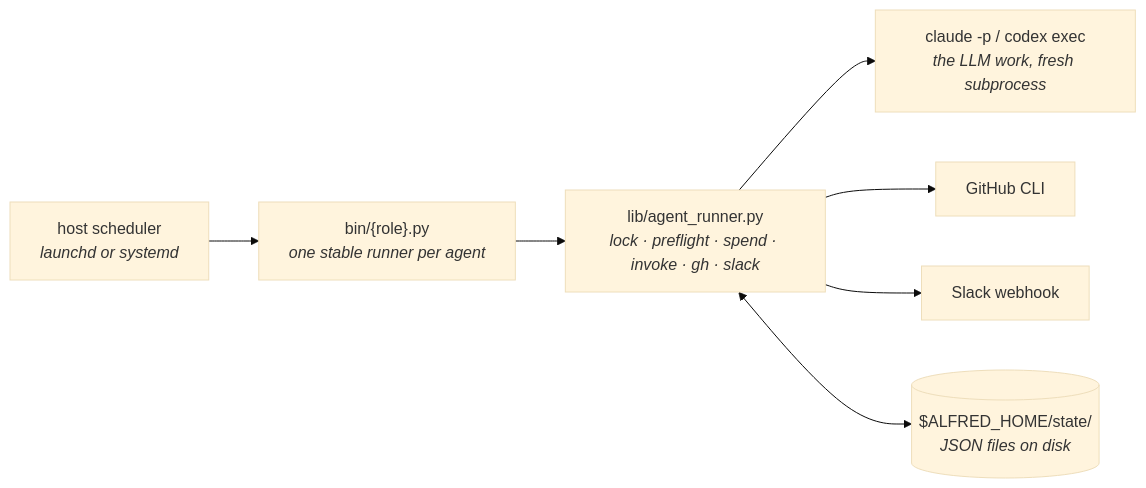
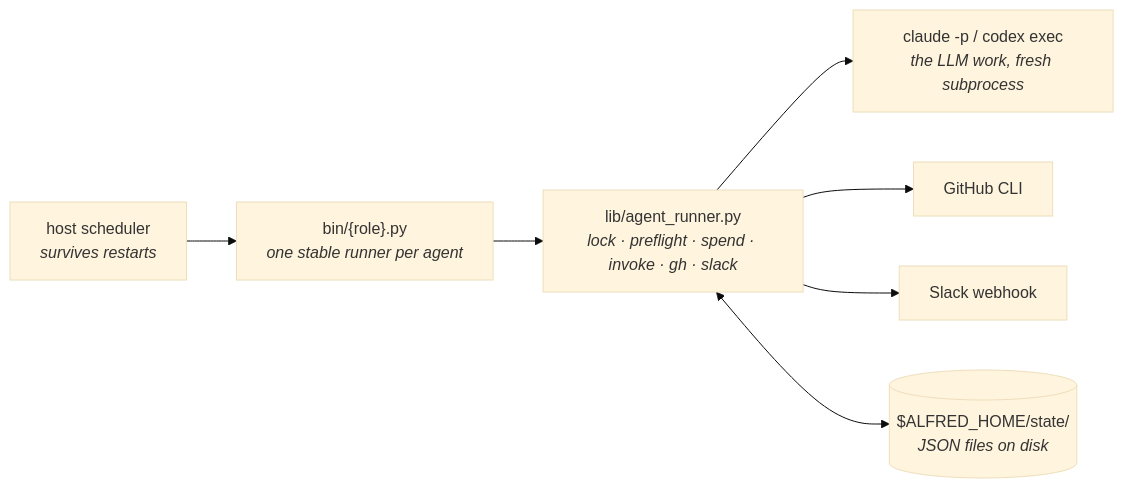
The first of 4 diagrams in site/src/content/docs/concepts/architecture.md (luminik-io/alfred-os), drawn with Mermaid (base theme) before and after one commit. The commit also changed other lines of this file and 22 other files, not shown here.

````diff
--- a/site/src/content/docs/concepts/architecture.md
+++ b/site/src/content/docs/concepts/architecture.md
@@ -12,15 +12,15 @@
 ```mermaid
 flowchart LR
-    scheduler["host scheduler<br/><i>launchd or systemd</i>"]
+    scheduler["host scheduler<br/><i>survives restarts</i>"]
     role["bin/{role}.py<br/><i>one stable runner per agent</i>"]
     runner["lib/agent_runner.py<br/><i>lock · preflight · spend · invoke · gh · slack</i>"]
     engine["claude -p / codex exec<br/><i>the LLM work, fresh subprocess</i>"]
     gh["GitHub CLI"]
     slack["Slack webhook"]
     state[("$ALFRED_HOME/state/<br/><i>JSON files on disk</i>")]
 
     scheduler --> role --> runner --> engine
     runner --> gh
     runner --> slack
     runner <--> state
 ```
````
